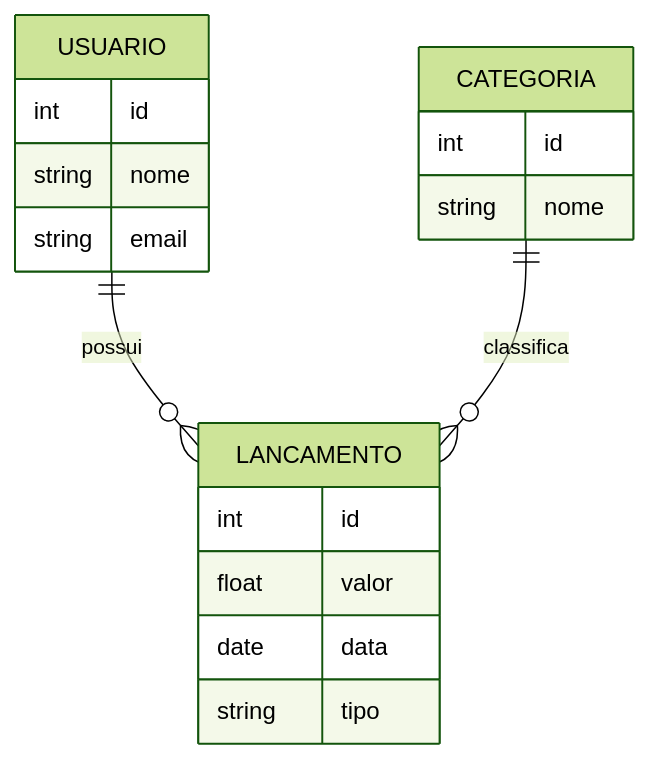
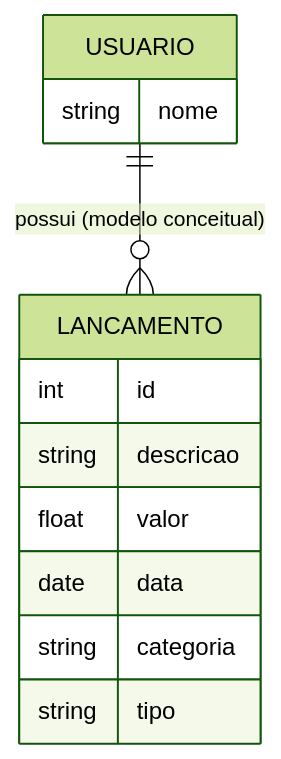
Before and after one commit to andrelira-boop/controle-financeiro-pessoal: the first of 2 diagrams in docs/arquitetura.md, drawn with Mermaid (forest theme). The commit also changed other lines of this file, not shown here.

Commit message:
Revisão e mudança na arquitetura
Updated the ER diagram and main flow of the system.

````diff
--- a/docs/arquitetura.md
+++ b/docs/arquitetura.md
@@ -5,20 +5,15 @@
 ```mermaid
 erDiagram
-    USUARIO ||--o{ LANCAMENTO : possui
-    CATEGORIA ||--o{ LANCAMENTO : classifica
+    USUARIO ||--o{ LANCAMENTO : "possui (modelo conceitual)"
     USUARIO {
-        int id
         string nome
-        string email
     }
     LANCAMENTO {
         int id
+        string descricao
         float valor
         date data
+        string categoria
         string tipo
     }
-    CATEGORIA {
-        int id
-        string nome
-    }
 ```
````
